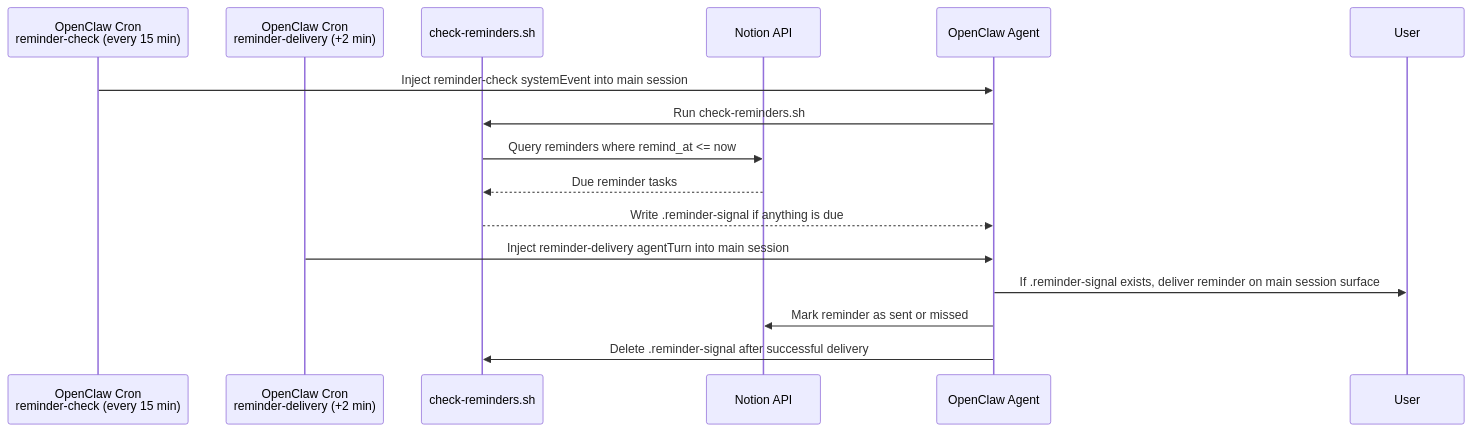
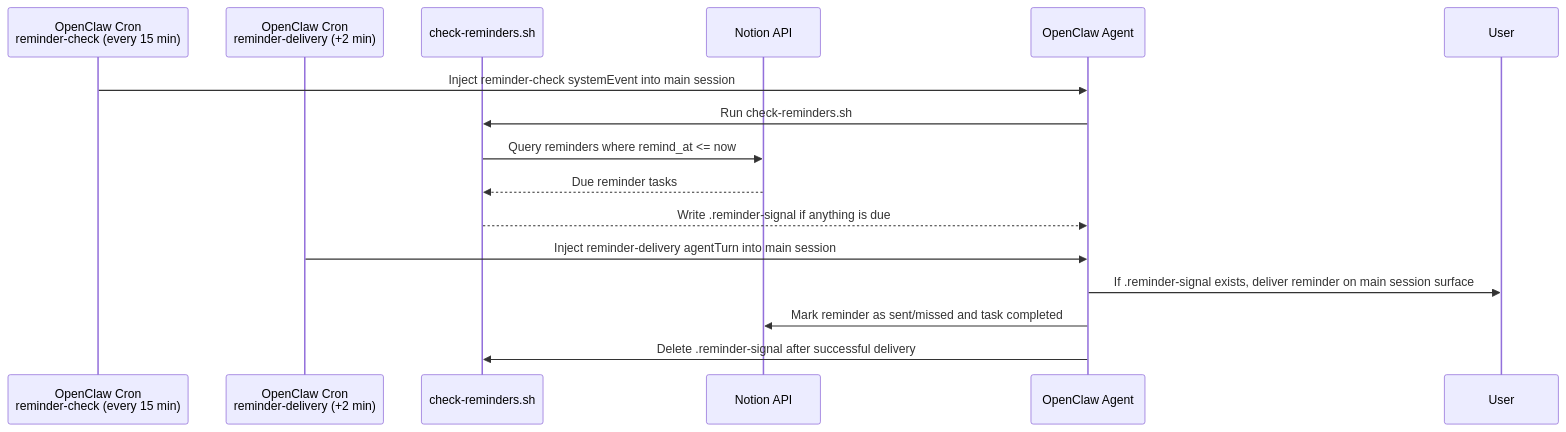
Before and after one commit to NickBorgersProbably/hide-my-list: the fifth of 6 diagrams in docs/architecture.md, drawn with Mermaid. The commit also changed other lines of this file and 7 other files, not shown here.

````diff
--- a/docs/architecture.md
+++ b/docs/architecture.md
@@ -200,19 +200,19 @@
 ```mermaid
 sequenceDiagram
     participant CheckCron as OpenClaw Cron<br/>reminder-check (every 15 min)
     participant DeliveryCron as OpenClaw Cron<br/>reminder-delivery (+2 min)
     participant Script as check-reminders.sh
     participant Notion as Notion API
     participant Agent as OpenClaw Agent
     participant User
 
     CheckCron->>Agent: Inject reminder-check systemEvent into main session
     Agent->>Script: Run check-reminders.sh
     Script->>Notion: Query reminders where remind_at <= now
     Notion-->>Script: Due reminder tasks
     Script-->>Agent: Write .reminder-signal if anything is due
     DeliveryCron->>Agent: Inject reminder-delivery agentTurn into main session
     Agent->>User: If .reminder-signal exists, deliver reminder on main session surface
-    Agent->>Notion: Mark reminder as sent or missed
+    Agent->>Notion: Mark reminder as sent/missed and task completed
     Agent->>Script: Delete .reminder-signal after successful delivery
 ```
````
